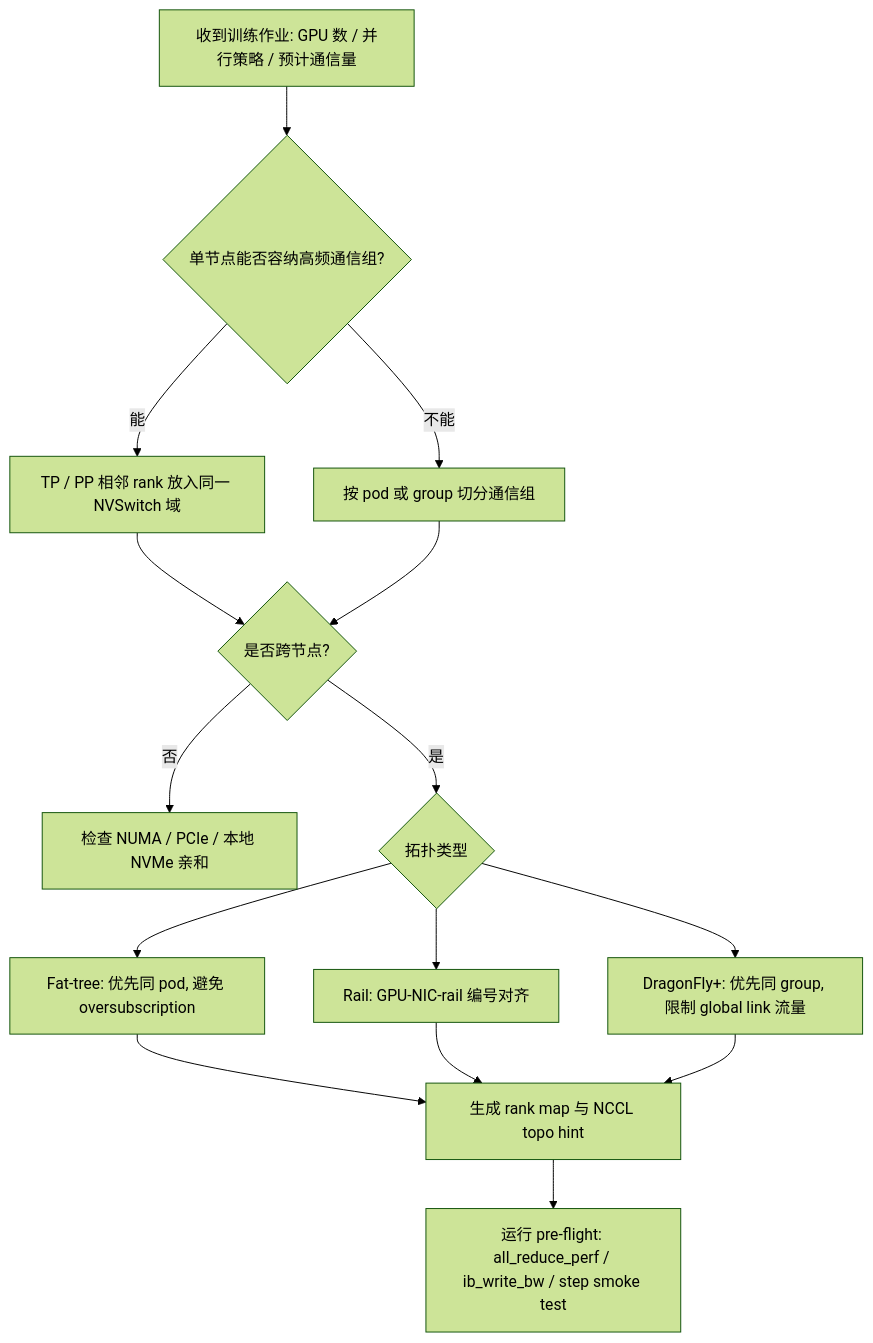
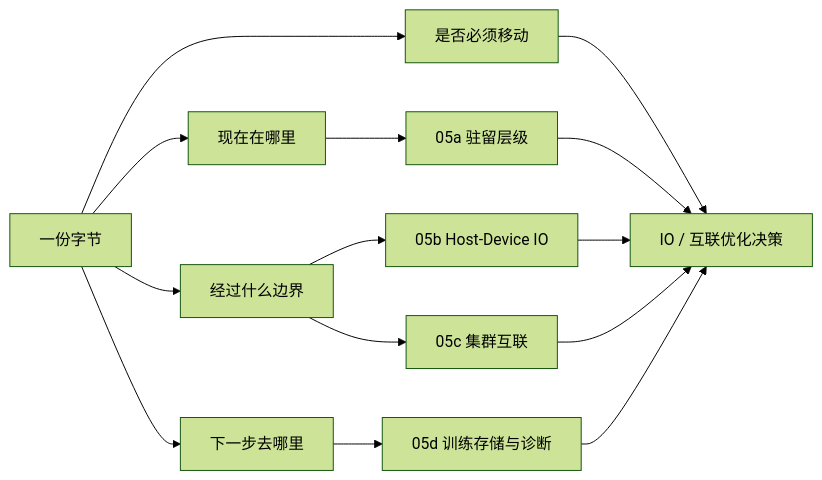
The diagram in ai-infra-tutorial/part2-systems-stack/05-memory-interconnect-io.md (qxhy123/learn), drawn with Mermaid (forest theme) before and after one commit. The commit also changed other lines of this file and 39 other files, not shown here.

First line of the commit message:
Split Part 0a CPU microarchitecture into 8 deep-dive chapters

````diff
--- a/ai-infra-tutorial/part2-systems-stack/05-memory-interconnect-io.md
+++ b/ai-infra-tutorial/part2-systems-stack/05-memory-interconnect-io.md
@@ -285,17 +41,17 @@
 ```mermaid
-flowchart TD
-  A[收到训练作业: GPU 数 / 并行策略 / 预计通信量] --> B{单节点能否容纳高频通信组?}
-  B -->|能| C[TP / PP 相邻 rank 放入同一 NVSwitch 域]
-  B -->|不能| D[按 pod 或 group 切分通信组]
-  C --> E{是否跨节点?}
-  D --> E
-  E -->|否| F[检查 NUMA / PCIe / 本地 NVMe 亲和]
-  E -->|是| G{拓扑类型}
-  G --> H[Fat-tree: 优先同 pod, 避免 oversubscription]
-  G --> I[Rail: GPU-NIC-rail 编号对齐]
-  G --> J[DragonFly+: 优先同 group, 限制 global link 流量]
-  H --> K[生成 rank map 与 NCCL topo hint]
-  I --> K
-  J --> K
-  K --> L[运行 pre-flight: all_reduce_perf / ib_write_bw / step smoke test]
+flowchart LR
+  Data[一份字节] --> Where[现在在哪里]
+  Data --> Next[下一步去哪里]
+  Data --> Boundary[经过什么边界]
+  Data --> Avoid[是否必须移动]
+
+  Where --> A[05a 驻留层级]
+  Boundary --> B[05b Host-Device IO]
+  Boundary --> C[05c 集群互联]
+  Next --> D[05d 训练存储与诊断]
+  Avoid --> Decision[IO / 互联优化决策]
+  A --> Decision
+  B --> Decision
+  C --> Decision
+  D --> Decision
 ```
````
